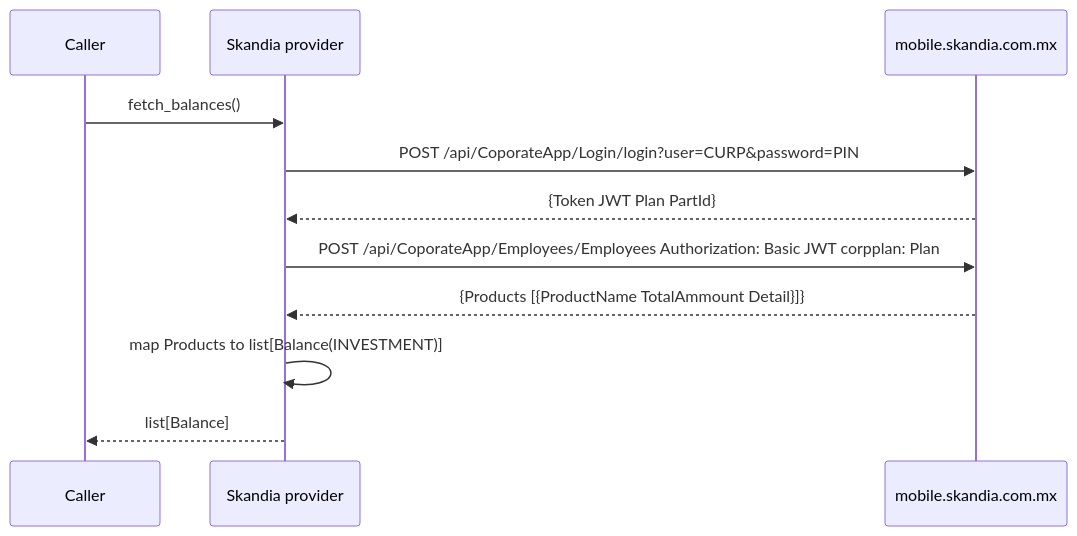
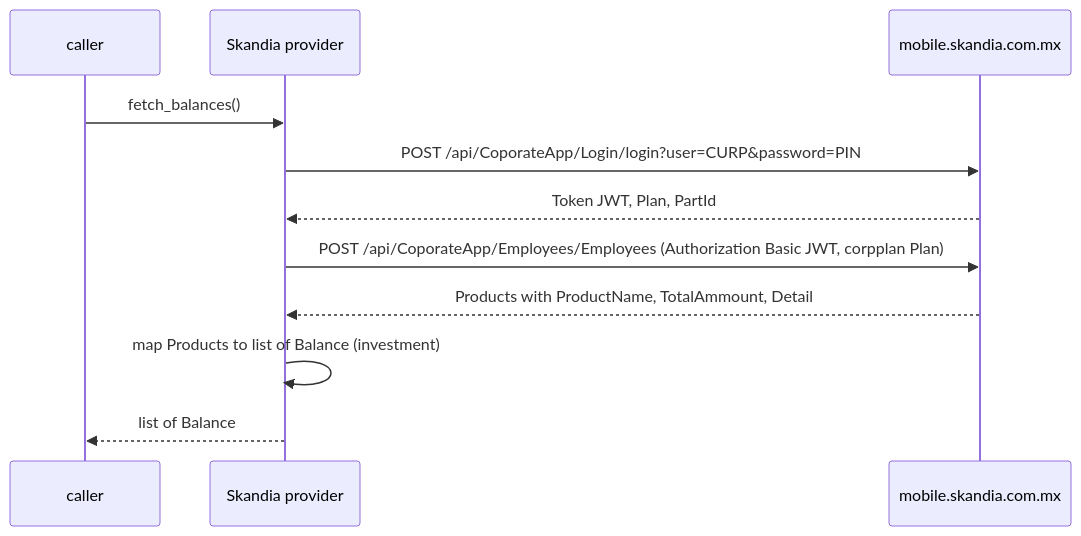
Before and after one commit to PaoloReyes/finscraper-mx: the diagram in docs/flows/skandia.md, drawn with Mermaid. The commit also changed other lines of this file and 8 other files, not shown here.

Commit message:
docs/flows: one structure across providers; fix Klar mermaid

````diff
--- a/docs/flows/skandia.md
+++ b/docs/flows/skandia.md
@@ -16,14 +17,14 @@
 ```mermaid
 sequenceDiagram
-    participant C as Caller
-    participant P as Skandia provider
-    participant S as mobile.skandia.com.mx
+  participant C as caller
+  participant P as Skandia provider
+  participant S as mobile.skandia.com.mx
 
-    C->>P: fetch_balances()
-    P->>S: POST /api/CoporateApp/Login/login?user=CURP&password=PIN
-    S-->>P: {Token JWT Plan PartId}
-    P->>S: POST /api/CoporateApp/Employees/Employees  Authorization: Basic JWT  corpplan: Plan
-    S-->>P: {Products [{ProductName TotalAmmount Detail}]}
-    P->>P: map Products to list[Balance(INVESTMENT)]
-    P-->>C: list[Balance]
+  C->>P: fetch_balances()
+  P->>S: POST /api/CoporateApp/Login/login?user=CURP&password=PIN
+  S-->>P: Token JWT, Plan, PartId
+  P->>S: POST /api/CoporateApp/Employees/Employees (Authorization Basic JWT, corpplan Plan)
+  S-->>P: Products with ProductName, TotalAmmount, Detail
+  P->>P: map Products to list of Balance (investment)
+  P-->>C: list of Balance
 ```
````
